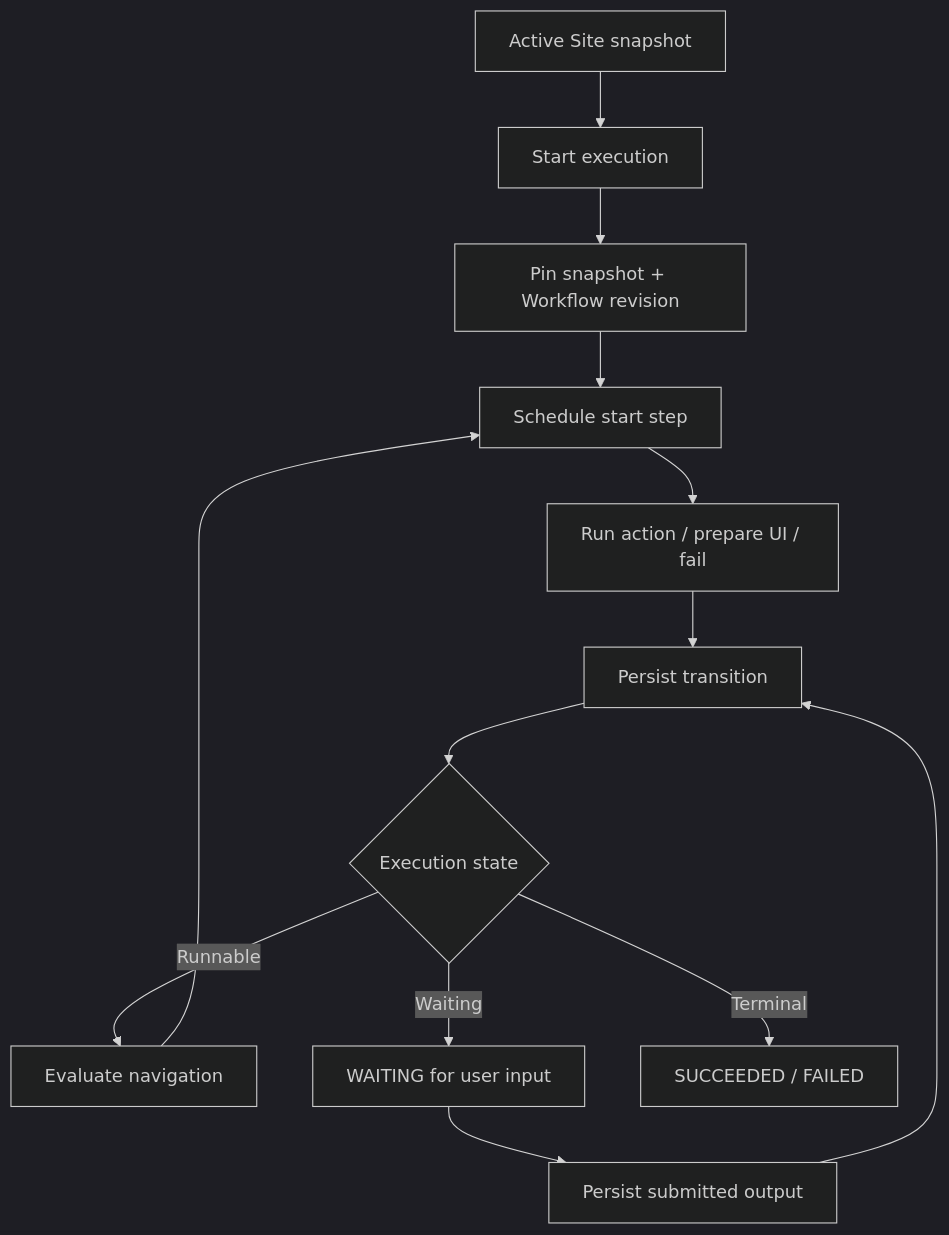
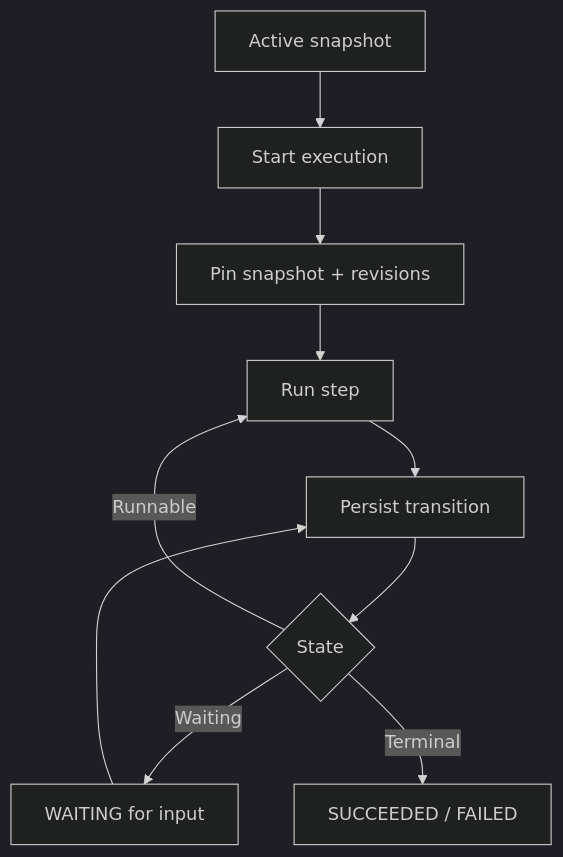
One commit to taskmigo/docs changed the second of 2 diagrams in content/versions/v0/runtime.mdx. Above: the diagram before and after it, drawn with Mermaid (dark theme). The commit also changed other lines of this file and 14 other files, not shown here.

````diff
--- a/content/versions/v0/runtime.mdx
+++ b/content/versions/v0/runtime.mdx
@@ -87,15 +53,12 @@
 ```mermaid
 flowchart TD
-  snapshot["Active Site snapshot"] --> start["Start execution"]
-  start --> pin["Pin snapshot + Workflow revision"]
-  pin --> ready["Schedule start step"]
-  ready --> run["Run action / prepare UI / fail"]
+  snapshot["Active snapshot"] --> start["Start execution"]
+  start --> pin["Pin snapshot + revisions"]
+  pin --> run["Run step"]
   run --> persist["Persist transition"]
-  persist --> state{"Execution state"}
-  state -->|Runnable| navigate["Evaluate navigation"]
-  navigate --> ready
-  state -->|Waiting| wait["WAITING for user input"]
-  wait --> submit["Persist submitted output"]
-  submit --> persist
+  persist --> state{"State"}
+  state -->|Runnable| run
+  state -->|Waiting| wait["WAITING for input"]
+  wait --> persist
   state -->|Terminal| done["SUCCEEDED / FAILED"]
 ```
````
